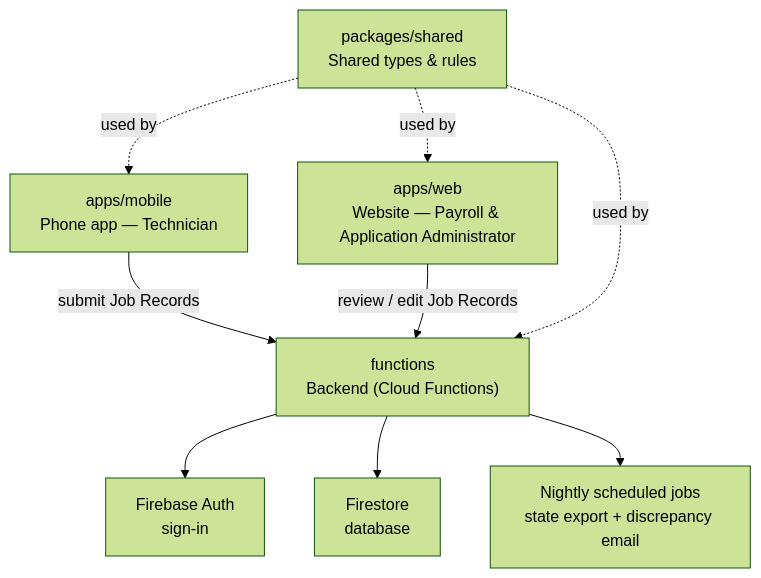
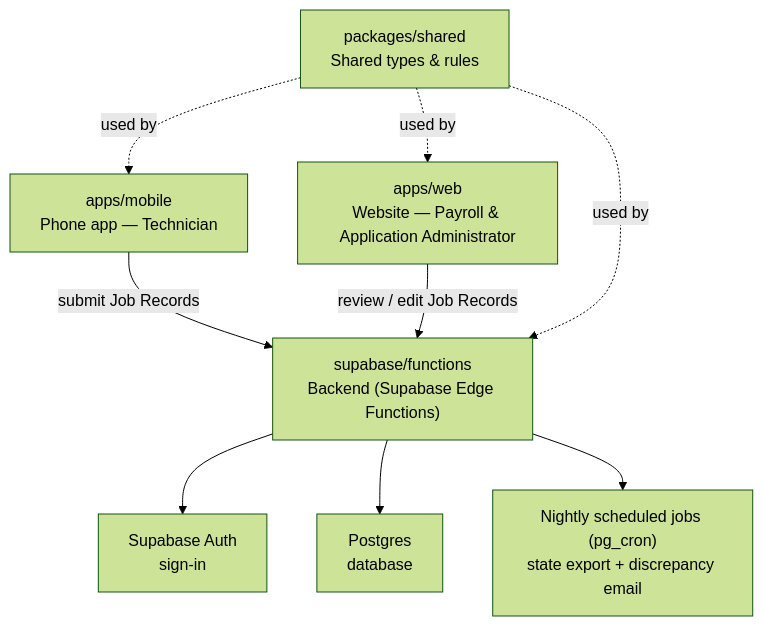
One commit to fluffygeek/LiveOakv3 changed the second of 2 diagrams in ONBOARDING.md. Above: the diagram before and after it, drawn with Mermaid (forest theme). The commit also changed other lines of this file and 1 other file, not shown here.

First line of the commit message:
docs: update onboarding and deploy-demo docs for Supabase migration

````diff
--- a/ONBOARDING.md
+++ b/ONBOARDING.md
@@ -91,20 +104,20 @@
 ```mermaid
 flowchart TD
     Mobile["apps/mobile\nPhone app — Technician"]
     Web["apps/web\nWebsite — Payroll & Application Administrator"]
     Shared["packages/shared\nShared types & rules"]
-    Functions["functions\nBackend (Cloud Functions)"]
-    Auth["Firebase Auth\nsign-in"]
-    DB["Firestore\ndatabase"]
-    Nightly["Nightly scheduled jobs\nstate export + discrepancy email"]
+    Functions["supabase/functions\nBackend (Supabase Edge Functions)"]
+    Auth["Supabase Auth\nsign-in"]
+    DB["Postgres\ndatabase"]
+    Nightly["Nightly scheduled jobs (pg_cron)\nstate export + discrepancy email"]
 
     Mobile -- "submit Job Records" --> Functions
     Web -- "review / edit Job Records" --> Functions
     Functions --> Auth
     Functions --> DB
     Functions --> Nightly
 
     Shared -. used by .-> Mobile
     Shared -. used by .-> Web
     Shared -. used by .-> Functions
 ```
````
